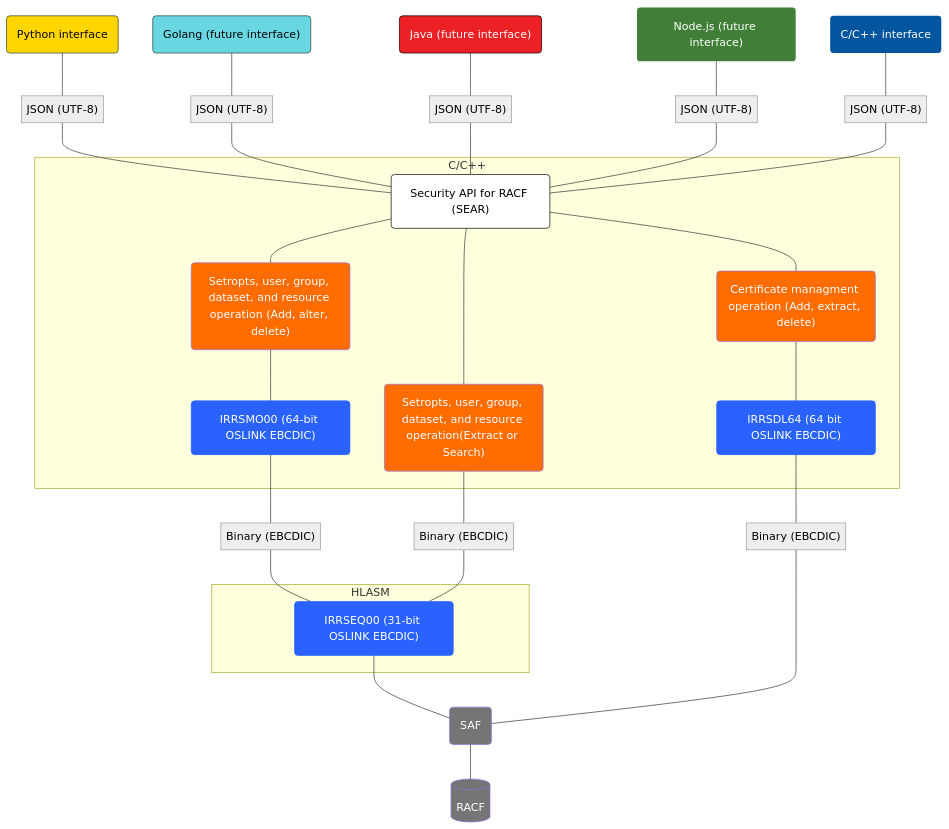
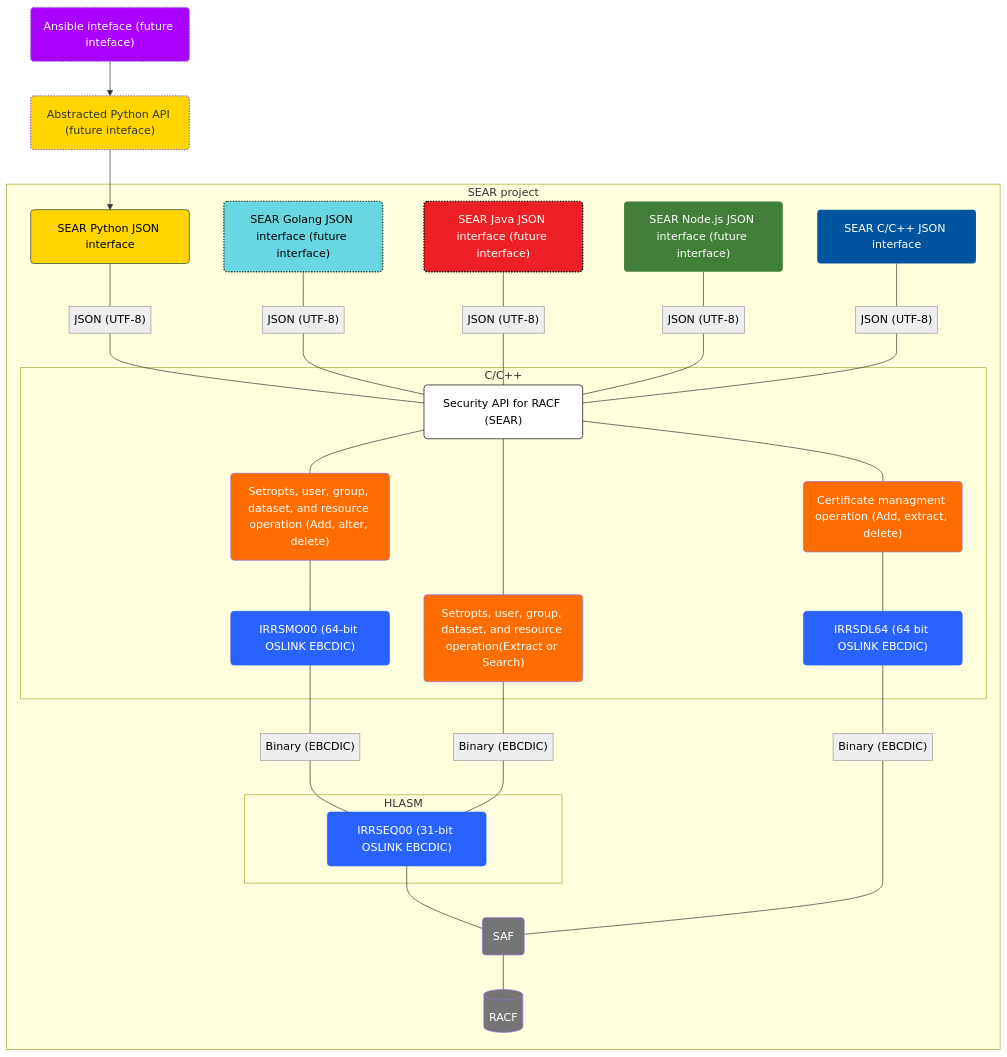
One commit to Mainframe-Renewal-Project/sear-docs changed the diagram in index.md. Above: the diagram before and after it, drawn with Mermaid.

Commit message:
Updated architecture diagram

```diff
--- a/index.md
+++ b/index.md
@@ -95,5 +95,5 @@
 <pre class="mermaid">
-flowchart TD
+flowchart TB
  subgraph s1["C/C++"]
         n1["Security API for RACF (SEAR)"]
         n2@{ label: "<span style=\"padding-left:\">IRRSMO00 (64-bit OSLINK EBCDIC)</span>" }
@@ -105,27 +105,49 @@
  subgraph s2["HLASM"]
         n4["IRRSEQ00 (31-bit OSLINK EBCDIC)"]
   end
-    A["Python interface"] --- n3@{ label: "<span style=\"padding-left:\">JSON (UTF-8)</span>" }
+ subgraph s3["SEAR project"]
+        s1
+        s2
+        n3@{ label: "<span style=\"padding-left:\">JSON (UTF-8)</span>" }
+        A["SEAR Python JSON interface"]
+        n6["Binary (EBCDIC)"]
+        n8["Binary (EBCDIC)"]
+        n9["RACF"]
+        n10["SAF"]
+        n14@{ label: "<span style=\"padding-left:\">JSON (UTF-8)</span>" }
+        n13@{ label: "<span style=\"padding-left:\">SEAR Golang JSON interface (future interface)</span>" }
+        n16@{ label: "<span style=\"padding-left:\">JSON (UTF-8)</span>" }
+        n15["SEAR Java JSON interface (future interface)"]
+        n18@{ label: "<span style=\"padding-left:\">JSON (UTF-8)</span>" }
+        n17["SEAR Node.js JSON interface (future interface)"]
+        n19["Binary (EBCDIC)"]
+        n21@{ label: "<span style=\"padding-left:\">JSON (UTF-8)</span>" }
+        n20["SEAR C/C++ JSON interface"]
+  end
+    n23["Abstracted Python API (future inteface)"] --> A
+    n24["Ansible inteface (future inteface)"] --> n23
+    A --- n3
     n3 --- n1
     n1 --- n5 & n7 & n12
     n5 --- n2
-    n2 --- n6["Binary (EBCDIC)"]
+    n2 --- n6
     n6 --- n4
-    n7 --- n8["Binary (EBCDIC)"]
+    n7 --- n8
     n8 --- n4
-    n10["SAF"] --- n9["RACF"]
+    n10 --- n9
     n4 --- n10
     n12 --- n11
-    n13["Golang (future interface)"] --- n14@{ label: "<span style=\"padding-left:\">JSON (UTF-8)</span>" }
+    n13 --- n14
     n14 --- n1
-    n15["Java (future interface)"] --- n16@{ label: "<span style=\"padding-left:\">JSON (UTF-8)</span>" }
+    n15 --- n16
     n16 --- n1
-    n17["Node.js (future interface)"] --- n18@{ label: "<span style=\"padding-left:\">JSON (UTF-8)</span>" }
+    n17 --- n18
     n18 --- n1
-    n11 --- n19["Binary (EBCDIC)"]
+    n11 --- n19
     n19 --- n10
-    n20["C/C++ interface"] --- n21@{ label: "<span style=\"padding-left:\">JSON (UTF-8)</span>" }
+    n20 --- n21
     n21 --- n1
+
     n1@{ shape: rounded}
     n2@{ shape: rounded}
     n5@{ shape: rounded}
@@ -133,21 +155,23 @@
     n12@{ shape: rounded}
     n7@{ shape: rounded}
     n4@{ shape: rounded}
+    n3@{ shape: text}
     A@{ shape: rounded}
-    n3@{ shape: text}
     n6@{ shape: text}
     n8@{ shape: text}
+    n9@{ shape: cyl}
     n10@{ shape: rounded}
-    n9@{ shape: cyl}
+    n14@{ shape: text}
     n13@{ shape: rounded}
-    n14@{ shape: text}
+    n16@{ shape: text}
     n15@{ shape: rounded}
-    n16@{ shape: text}
+    n18@{ shape: text}
     n17@{ shape: rounded}
-    n18@{ shape: text}
     n19@{ shape: text}
+    n21@{ shape: text}
     n20@{ shape: rounded}
-    n21@{ shape: text}
+    n23@{ shape: rounded}
+    n24@{ shape: rounded}
      n1:::Class_08
      n2:::Class_06
      n5:::Class_07
@@ -155,39 +179,39 @@
      n12:::Class_07
      n7:::Class_07
      n4:::Class_06
+     n3:::Ash
      A:::Pine
      A:::Class_01
      A:::Class_01
      A:::Class_01
-     n3:::Ash
      n6:::Ash
      n8:::Ash
+     n9:::Class_05
      n10:::Class_05
-     n9:::Class_05
+     n14:::Ash
      n13:::Pine
      n13:::Class_01
      n13:::Class_02
-     n14:::Ash
+     n16:::Ash
      n15:::Pine
      n15:::Class_01
      n15:::Class_02
      n15:::Class_03
      n15:::Class_03
-     n16:::Ash
+     n18:::Ash
      n17:::Pine
      n17:::Class_01
      n17:::Class_02
      n17:::Class_03
      n17:::Class_03
      n17:::Class_04
-     n18:::Ash
      n19:::Ash
+     n21:::Ash
      n20:::Pine
      n20:::Class_01
      n20:::Class_01
      n20:::Class_01
      n20:::Class_09
-     n21:::Ash
     classDef Pine stroke-width:1px, stroke-dasharray:none, stroke:#254336, fill:#27654A, color:#FFFFFF
     classDef Class_02 fill:#68d7e2, color:#000000
     classDef Class_03 fill:#ec2025, color:#FFFFFF, stroke:#000000
@@ -199,6 +223,10 @@
     classDef Class_07 fill:#FF6D00, color:#FFFFFF
     classDef Class_08 fill:#FFFFFF, color:#000000, stroke:#000000
     classDef Class_09 fill:#00559e, stroke:transparent, color:#FFFFFF
-
+    style n13 stroke-width:2px,stroke-dasharray: 2
+    style n15 stroke-width:2px,stroke-dasharray: 2
+    style n17 stroke-width:2px,stroke-dasharray: 2
+    style n23 fill:#FFD600,stroke-width:2px,stroke-dasharray: 2
+    style n24 fill:#AA00FF,color:#FFFFFF,stroke-width:2px,stroke-dasharray: 2
 
 </pre>
```
